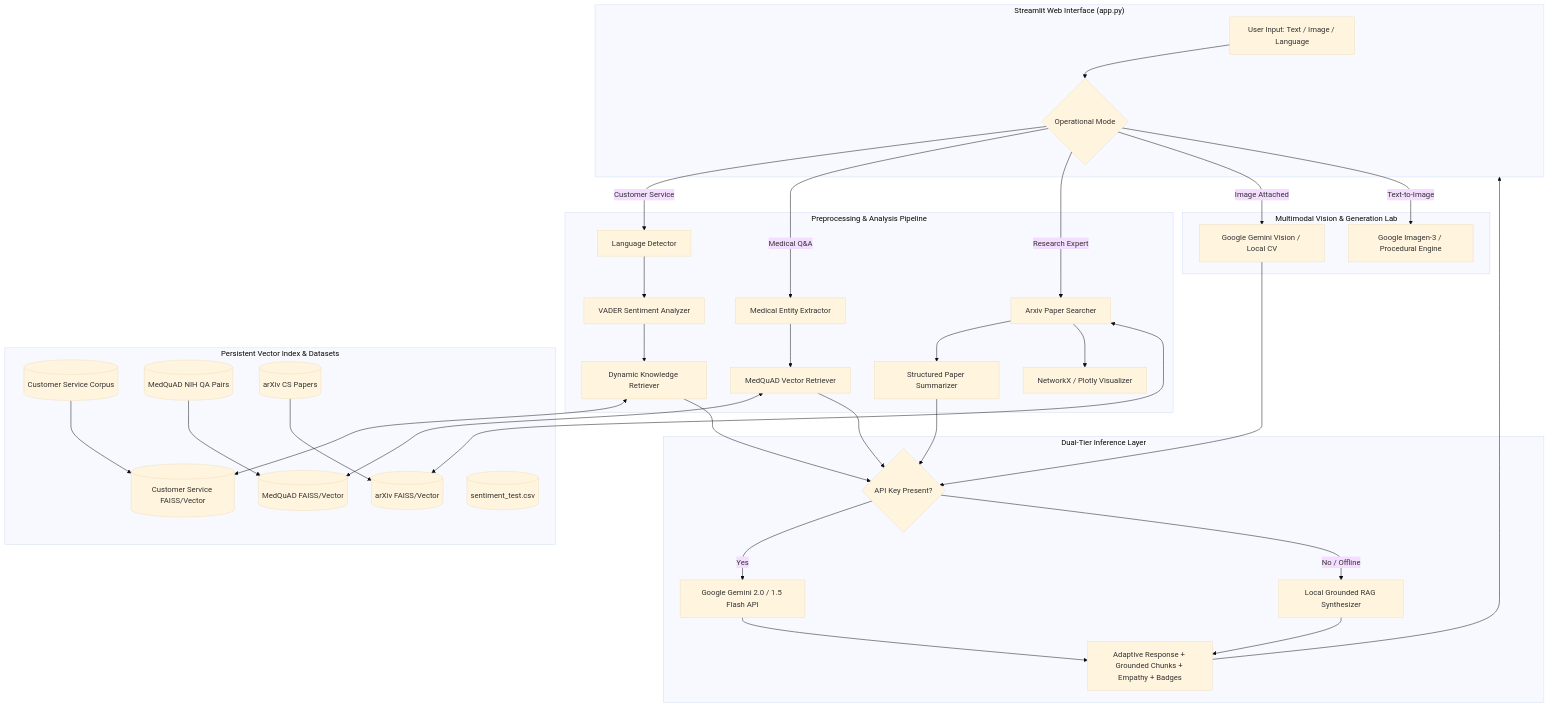
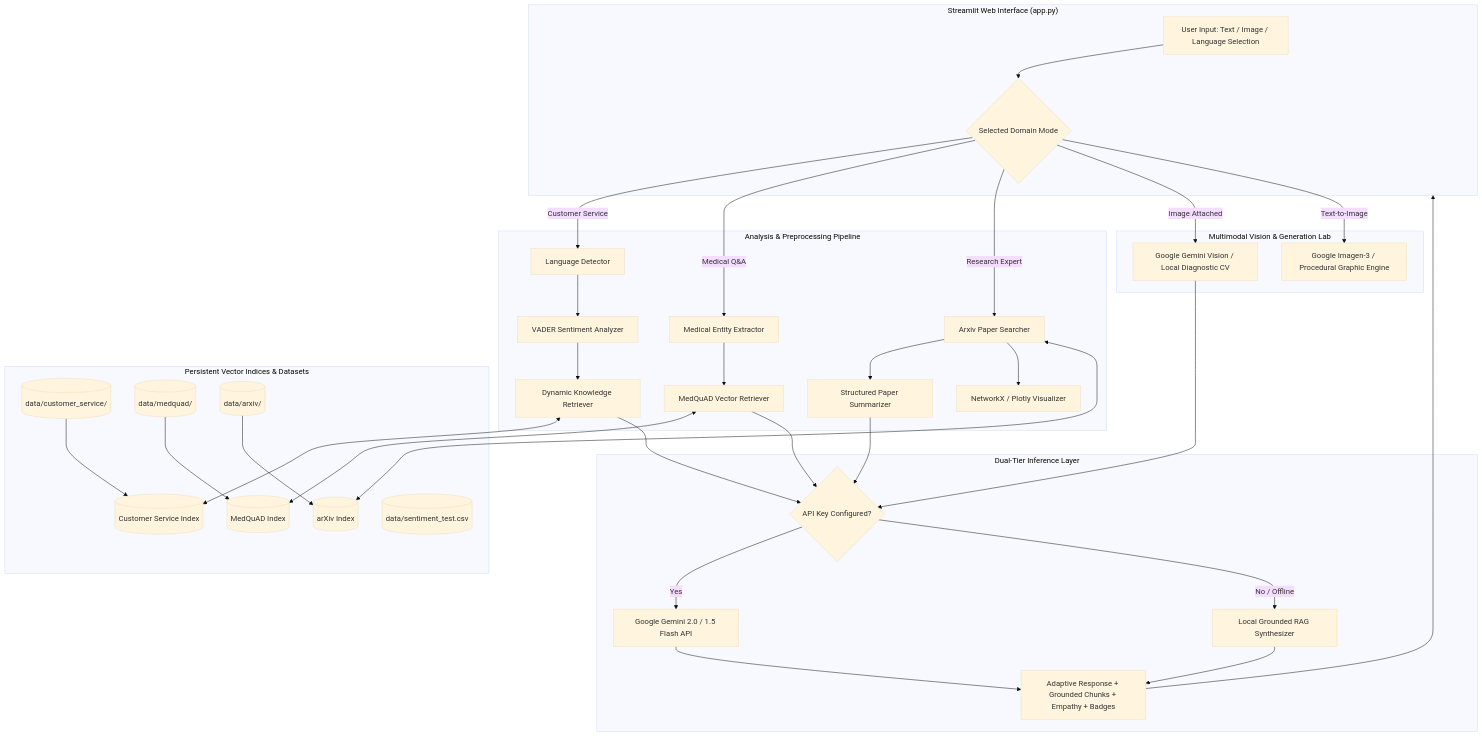
Before and after one commit to Alvira-Parveen/Real-Time_GenAI_Customer_Service_Bot: the diagram in report/project_report.md, drawn with Mermaid (base theme). The commit also changed other lines of this file and 33 other files, not shown here.

````diff
--- a/report/project_report.md
+++ b/report/project_report.md
@@ -30,50 +72,50 @@
 ```mermaid
 flowchart TD
     subgraph UI ["Streamlit Web Interface (app.py)"]
-        A[User Input: Text / Image / Language] --> B{Operational Mode}
+        A[User Input: Text / Image / Language Selection] --> B{Selected Domain Mode}
     end
 
-    subgraph Core ["Preprocessing & Analysis Pipeline"]
+    subgraph Core ["Analysis & Preprocessing Pipeline"]
         B -->|Customer Service| C1[Language Detector]
         C1 --> C2[VADER Sentiment Analyzer]
         C2 --> C3[Dynamic Knowledge Retriever]
         
         B -->|Medical Q&A| M1[Medical Entity Extractor]
         M1 --> M2[MedQuAD Vector Retriever]
         
         B -->|Research Expert| R1[Arxiv Paper Searcher]
         R1 --> R2[Structured Paper Summarizer]
         R1 --> R3[NetworkX / Plotly Visualizer]
     end
 
-    subgraph Storage ["Persistent Vector Index & Datasets"]
-        KB_DATA[(Customer Service Corpus)] --> KB_IDX[(Customer Service FAISS/Vector)]
-        MED_DATA[(MedQuAD NIH QA Pairs)] --> MED_IDX[(MedQuAD FAISS/Vector)]
-        ARXIV_DATA[(arXiv CS Papers)] --> ARXIV_IDX[(arXiv FAISS/Vector)]
-        SENT_DATA[(sentiment_test.csv)]
+    subgraph Storage ["Persistent Vector Indices & Datasets"]
+        KB_DATA[(data/customer_service/)] --> KB_IDX[(Customer Service Index)]
+        MED_DATA[(data/medquad/)] --> MED_IDX[(MedQuAD Index)]
+        ARXIV_DATA[(data/arxiv/)] --> ARXIV_IDX[(arXiv Index)]
+        SENT_DATA[(data/sentiment_test.csv)]
         
         C3 <--> KB_IDX
         M2 <--> MED_IDX
         R1 <--> ARXIV_IDX
     end
 
     subgraph Multimodal ["Multimodal Vision & Generation Lab"]
-        B -->|Image Attached| V1[Google Gemini Vision / Local CV]
-        B -->|Text-to-Image| V2[Google Imagen-3 / Procedural Engine]
+        B -->|Image Attached| V1[Google Gemini Vision / Local Diagnostic CV]
+        B -->|Text-to-Image| V2[Google Imagen-3 / Procedural Graphic Engine]
     end
 
     subgraph LLM ["Dual-Tier Inference Layer"]
-        C3 --> L1{API Key Present?}
+        C3 --> L1{API Key Configured?}
         M2 --> L1
         R2 --> L1
         V1 --> L1
         
         L1 -->|Yes| G1[Google Gemini 2.0 / 1.5 Flash API]
         L1 -->|No / Offline| G2[Local Grounded RAG Synthesizer]
         
         G1 --> RESP[Adaptive Response + Grounded Chunks + Empathy + Badges]
         G2 --> RESP
     end
 
     RESP --> UI
 ```
````
